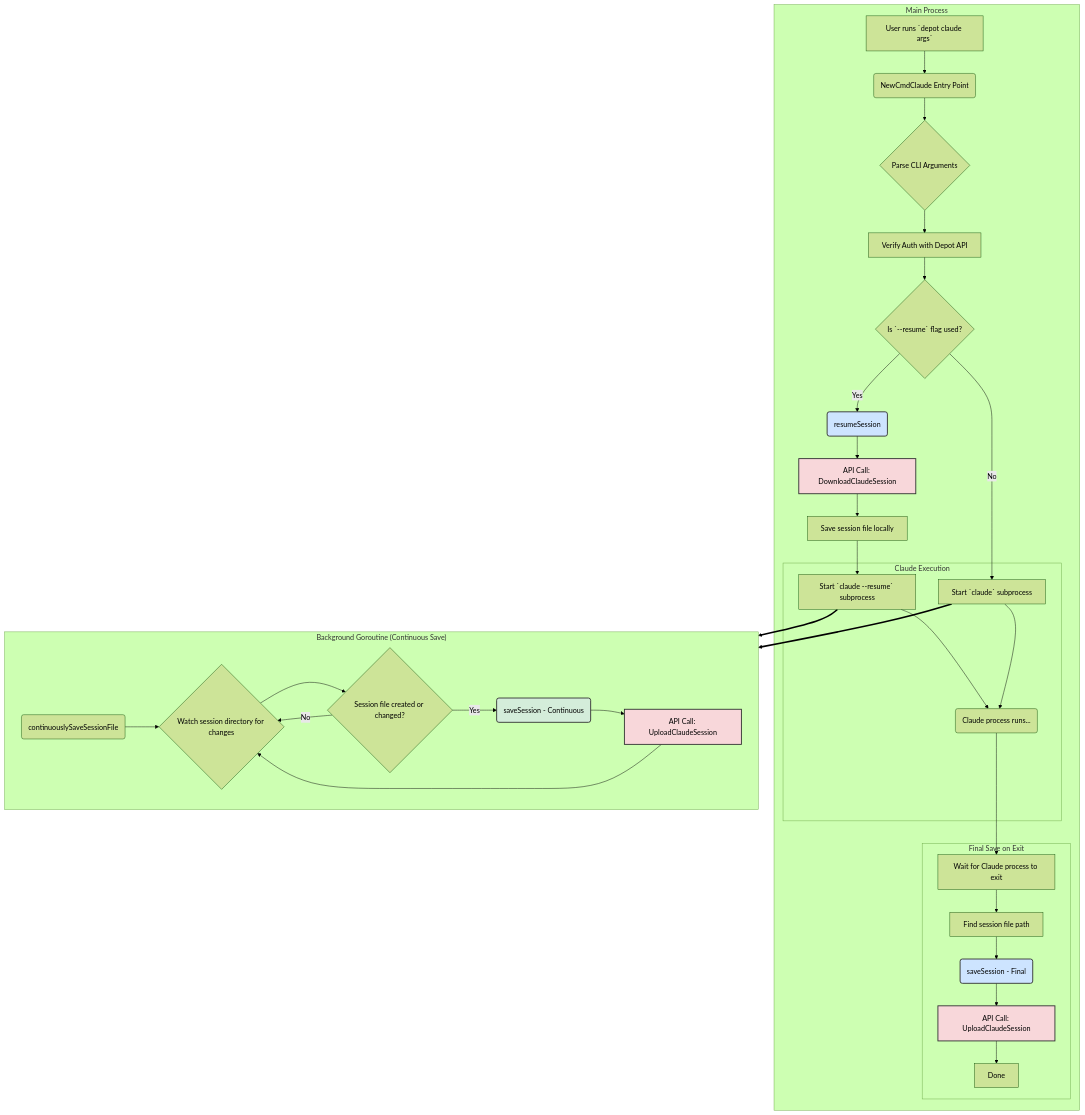
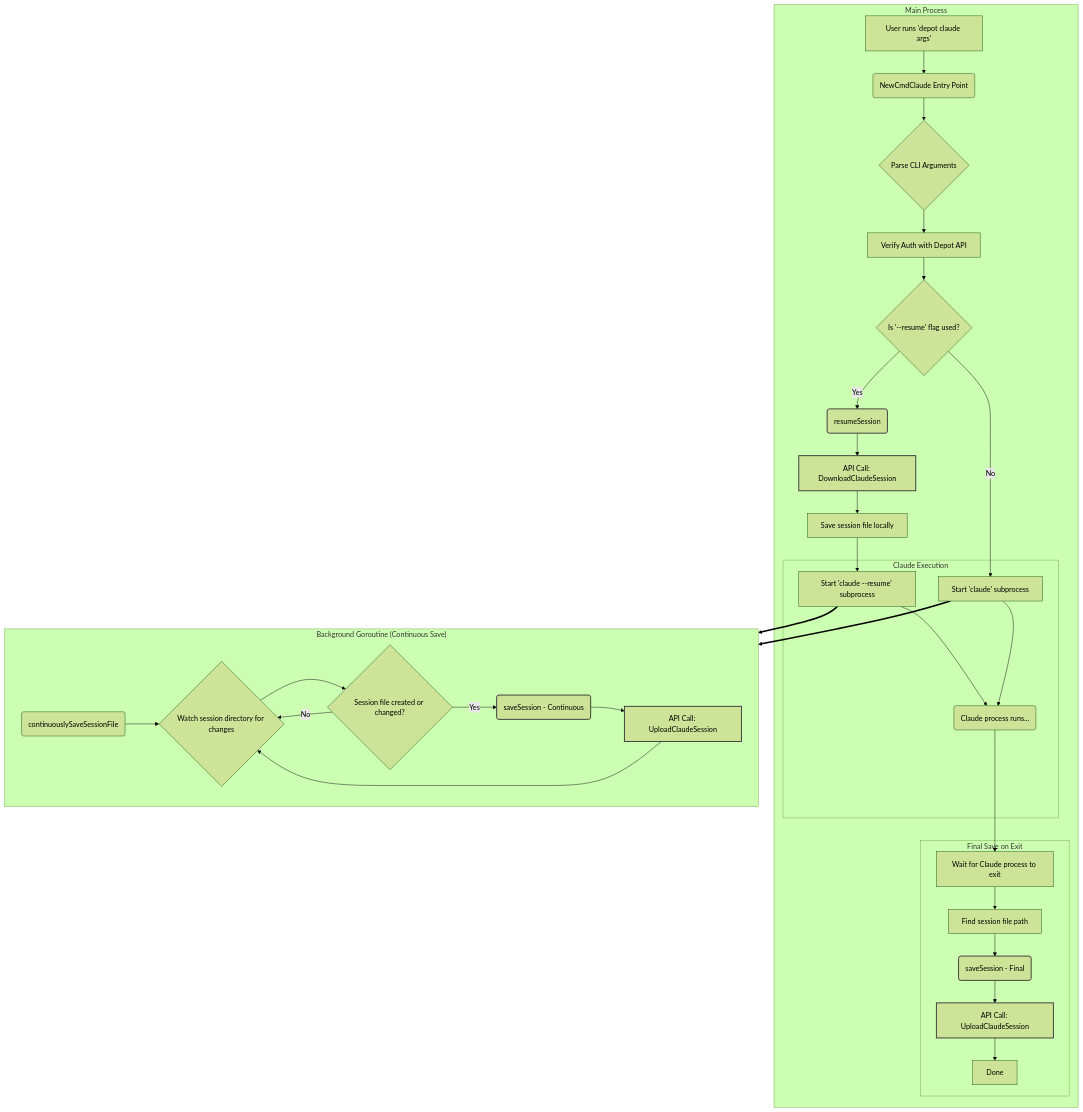
One commit to depot/cli changed the diagram in pkg/cmd/claude/README.md. Above: the diagram before and after it, drawn with Mermaid (forest theme).

Commit message:
remove backticks

````diff
--- a/pkg/cmd/claude/README.md
+++ b/pkg/cmd/claude/README.md
@@ -26,59 +26,59 @@
 ```mermaid
 graph TD
     subgraph "Main Process"
-        A[User runs `depot claude args`] --> B(NewCmdClaude Entry Point);
+        A[User runs 'depot claude args'] --> B(NewCmdClaude Entry Point);
         B --> C{Parse CLI Arguments};
         C --> D[Verify Auth with Depot API];
-        D --> E{Is `--resume` flag used?};
+        D -->         E{Is '--resume' flag used?};;
 
         E -- Yes --> F(resumeSession);
         F --> G[API Call: DownloadClaudeSession];
         G --> H[Save session file locally];
-        H --> I[Start `claude --resume` subprocess];
+        H --> I[Start 'claude --resume' subprocess];
 
-        E -- No --> J[Start `claude` subprocess];
+        E -- No --> J[Start 'claude' subprocess];
 
         subgraph "Claude Execution"
             I --> K;
             J --> K;
             K(Claude process runs...);
         end
 
         subgraph "Final Save on Exit"
             L[Wait for Claude process to exit] --> M[Find session file path];
             M --> N(saveSession - Final);
             N --> O[API Call: UploadClaudeSession];
             O --> P[Done];
         end
 
         K --> L;
     end
 
     subgraph "Background Goroutine (Continuous Save)"
         direction LR
         Q(continuouslySaveSessionFile);
         R{Watch session directory for changes};
         S{Session file created or changed?};
         T(saveSession - Continuous);
         U[API Call: UploadClaudeSession];
 
         Q --> R;
         R --> S;
         S -- Yes --> T;
         T --> U;
         U --> R;
         S -- No --> R;
     end
 
     %% Link main process to background process
     I ==> Q;
     J ==> Q;
 
-    %% Styling
-    style F fill:#cde4ff,stroke:#333,stroke-width:2px
-    style N fill:#cde4ff,stroke:#333,stroke-width:2px
-    style T fill:#d4edda,stroke:#333,stroke-width:2px
-    style G fill:#f8d7da,stroke:#333,stroke-width:2px
-    style O fill:#f8d7da,stroke:#333,stroke-width:2px
-    style U fill:#f8d7da,stroke:#333,stroke-width:2px
+    %% Styling - removed background fills for better readability
+    style F stroke:#333,stroke-width:2px
+    style N stroke:#333,stroke-width:2px
+    style T stroke:#333,stroke-width:2px
+    style G stroke:#333,stroke-width:2px
+    style O stroke:#333,stroke-width:2px
+    style U stroke:#333,stroke-width:2px
 ```
````
